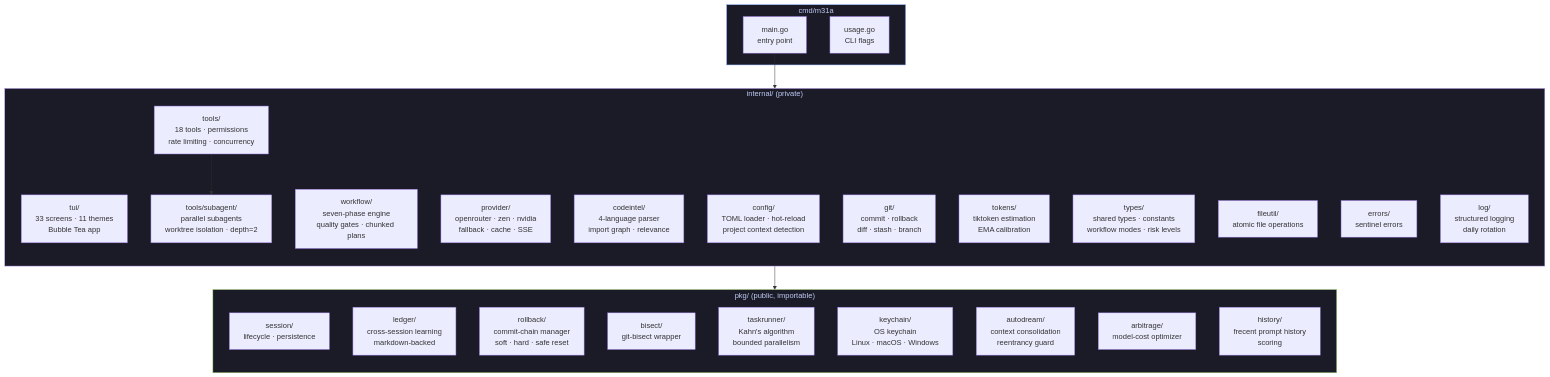
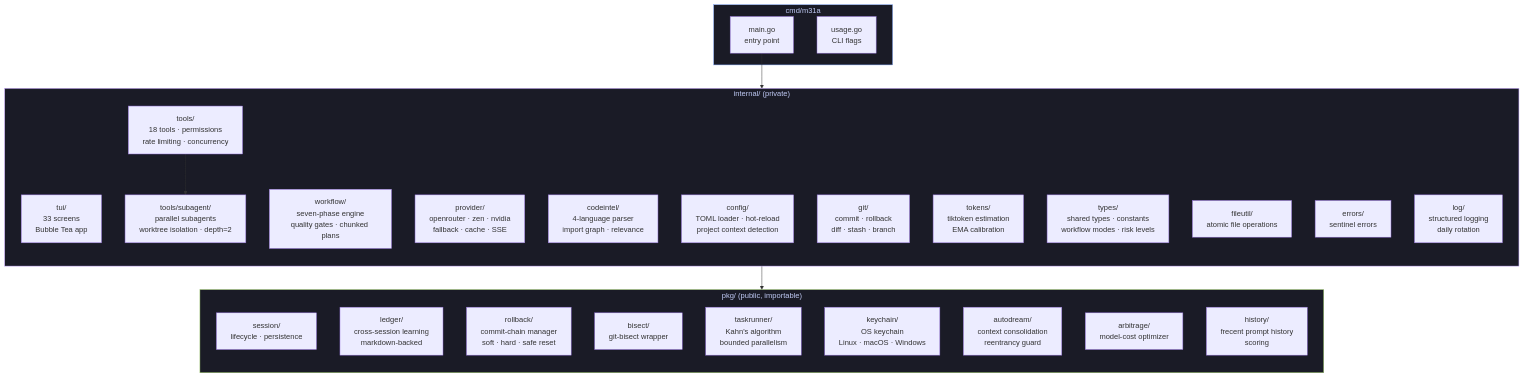
Before and after one commit to eshanized/M31A: the second of 2 diagrams in README.md, drawn with Mermaid. The commit also changed other lines of this file and 36 other files, not shown here.

Commit message:
docs(architecture): update architecture and workflow documentation for v1.6 release

````diff
--- a/README.md
+++ b/README.md
@@ -333,46 +334,46 @@
 ```mermaid
 graph TB
     subgraph entry["cmd/m31a"]
         main["main.go<br/>entry point"]
         usage["usage.go<br/>CLI flags"]
     end
 
     subgraph internal["internal/ (private)"]
         direction TB
-        tui["tui/<br/>33 screens · 11 themes<br/>Bubble Tea app"]
+        tui["tui/<br/>33 screens<br/>Bubble Tea app"]
         workflow["workflow/<br/>seven-phase engine<br/>quality gates · chunked plans"]
         provider["provider/<br/>openrouter · zen · nvidia<br/>fallback · cache · SSE"]
         tools["tools/<br/>18 tools · permissions<br/>rate limiting · concurrency"]
         subagent["tools/subagent/<br/>parallel subagents<br/>worktree isolation · depth=2"]
         codeintel["codeintel/<br/>4-language parser<br/>import graph · relevance"]
         config["config/<br/>TOML loader · hot-reload<br/>project context detection"]
         git["git/<br/>commit · rollback<br/>diff · stash · branch"]
         tokens["tokens/<br/>tiktoken estimation<br/>EMA calibration"]
         types["types/<br/>shared types · constants<br/>workflow modes · risk levels"]
         fileutil["fileutil/<br/>atomic file operations"]
         errors["errors/<br/>sentinel errors"]
         log["log/<br/>structured logging<br/>daily rotation"]
 
         tools --> subagent
     end
 
     subgraph pkg["pkg/ (public, importable)"]
         direction TB
         session["session/<br/>lifecycle · persistence"]
         ledger["ledger/<br/>cross-session learning<br/>markdown-backed"]
         rollback["rollback/<br/>commit-chain manager<br/>soft · hard · safe reset"]
         bisect["bisect/<br/>git-bisect wrapper"]
         taskrunner["taskrunner/<br/>Kahn's algorithm<br/>bounded parallelism"]
         keychain["keychain/<br/>OS keychain<br/>Linux · macOS · Windows"]
         autodream["autodream/<br/>context consolidation<br/>reentrancy guard"]
         arbitrage["arbitrage/<br/>model-cost optimizer"]
         history["history/<br/>frecent prompt history<br/>scoring"]
     end
 
     main --> internal
     internal --> pkg
 
     style entry fill:#1a1b26,stroke:#7aa2f7,color:#c0caf5
     style internal fill:#1a1b26,stroke:#bb9af7,color:#c0caf5
     style pkg fill:#1a1b26,stroke:#9ece6a,color:#c0caf5
 ```
````
